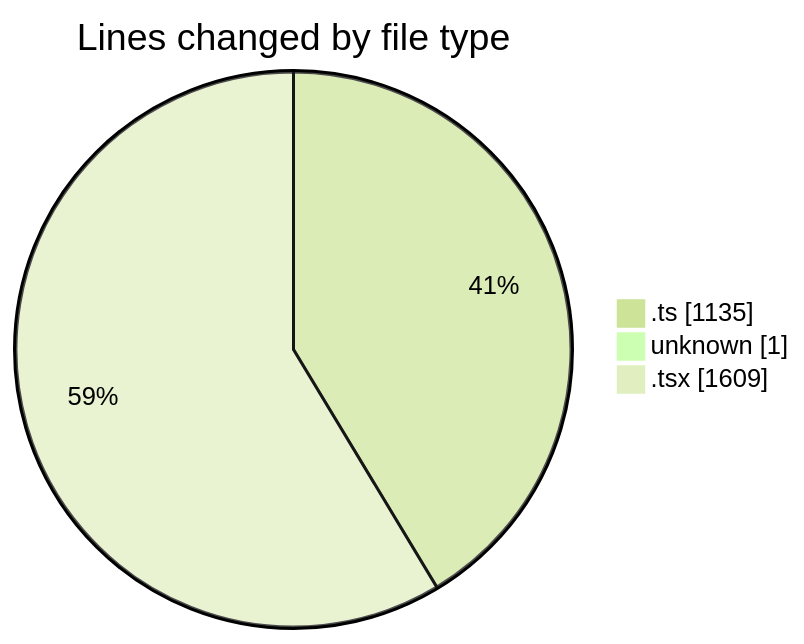
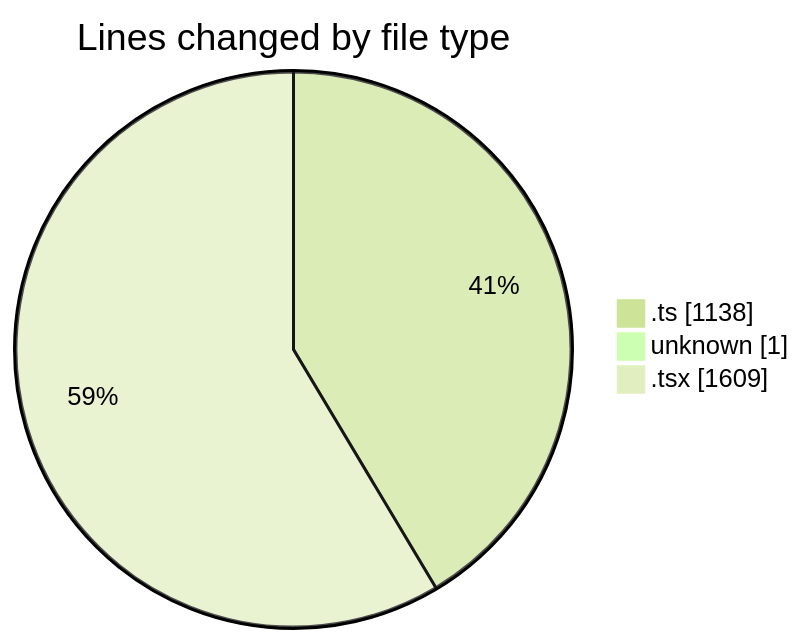
Before and after one commit to robertbonfada/code-tracking: the first of 2 diagrams in 2025-02-17/mbc-web/README.md, drawn with Mermaid (forest theme). The commit also changed other lines of this file and 1 other file, not shown here.

````diff
--- a/2025-02-17/mbc-web/README.md
+++ b/2025-02-17/mbc-web/README.md
@@ -37,7 +37,7 @@
 ```mermaid
 pie showData
 title Lines changed by file type
-".ts" : 1135
+".ts" : 1138
 "unknown" : 1
 ".tsx" : 1609
 ```
````
